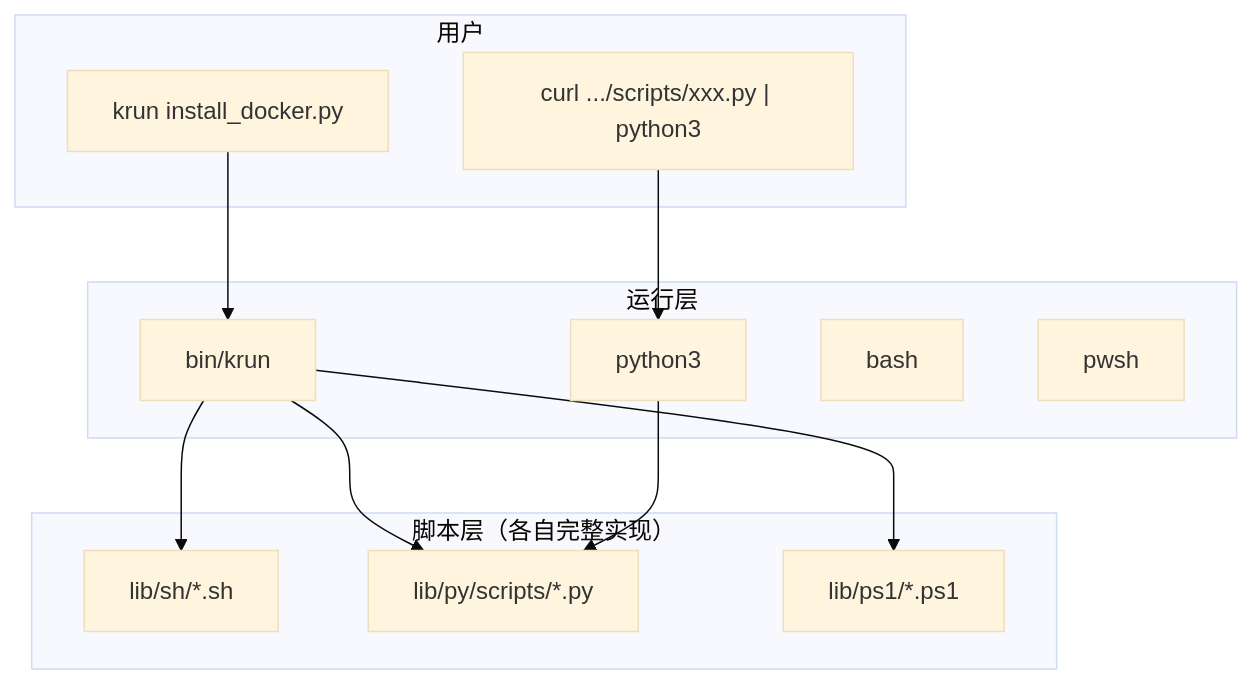
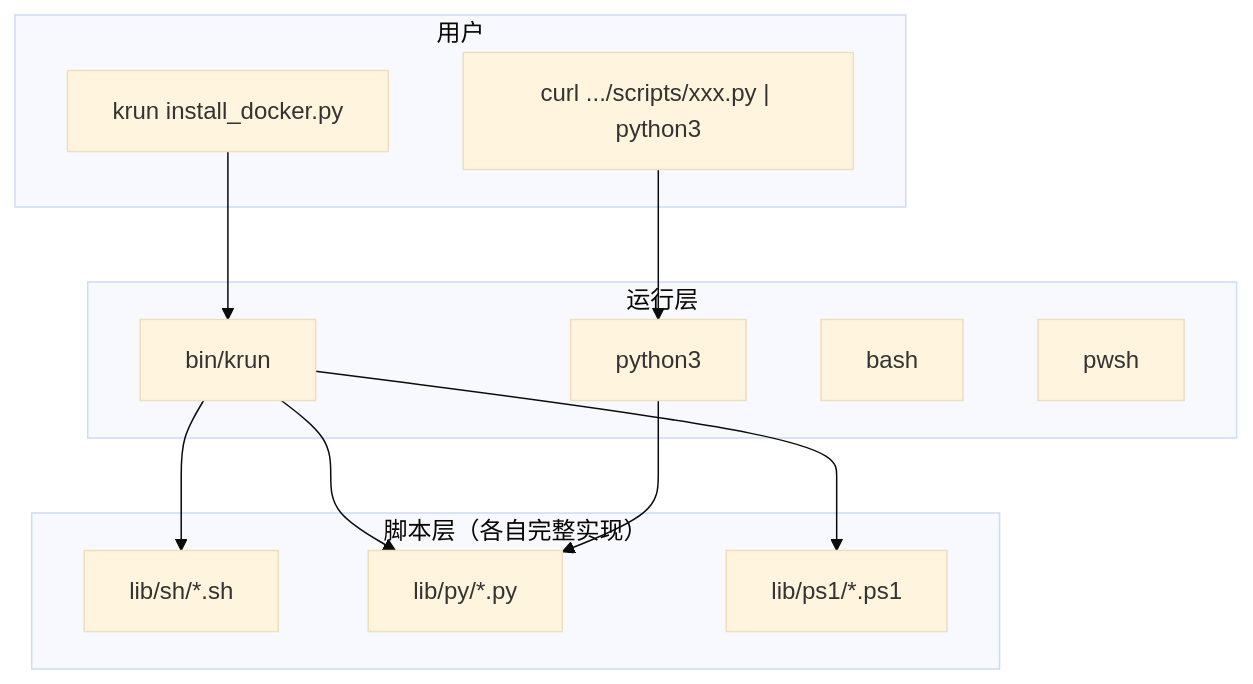
The first of 4 diagrams in README.md (kevin197011/krun), drawn with Mermaid (base theme) before and after one commit. The commit also changed other lines of this file and 170 other files, not shown here.

````diff
--- a/README.md
+++ b/README.md
@@ -40,26 +40,26 @@
 ```mermaid
 flowchart TB
     subgraph User["用户"]
         CLI["krun install_docker.py"]
         CURL["curl .../scripts/xxx.py | python3"]
     end
 
     subgraph Runner["运行层"]
         KRUN["bin/krun"]
         PY3["python3"]
         BASH["bash"]
         PS1["pwsh"]
     end
 
     subgraph Scripts["脚本层（各自完整实现）"]
         SH["lib/sh/*.sh"]
-        PY["lib/py/scripts/*.py"]
+        PY["lib/py/*.py"]
         PS["lib/ps1/*.ps1"]
     end
 
     CLI --> KRUN
     KRUN --> SH
     KRUN --> PY
     KRUN --> PS
     CURL --> PY3 --> PY
 ```
````
